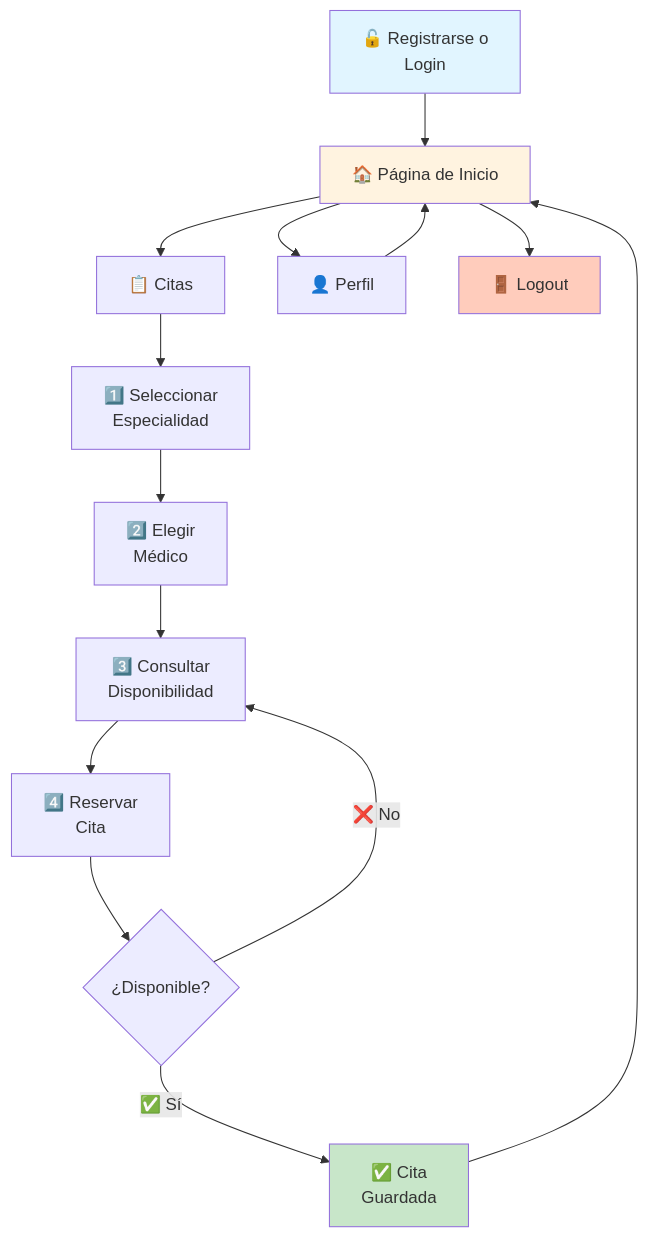
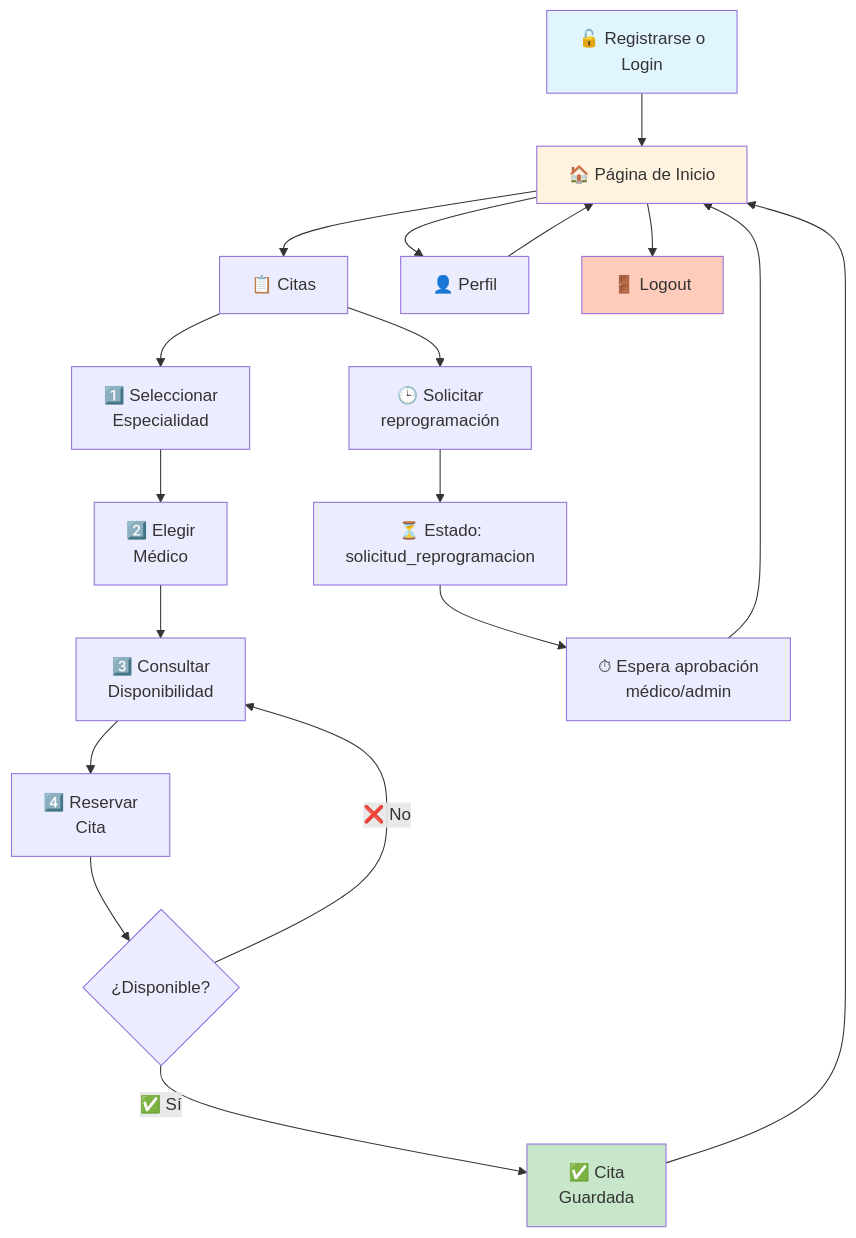
One commit to EdwardAR/CIS_II changed the fifth of 7 diagrams in README.md. Above: the diagram before and after it, drawn with Mermaid. The commit also changed other lines of this file and 13 other files, not shown here.

````diff
--- a/README.md
+++ b/README.md
@@ -696,24 +705,29 @@
 ```mermaid
 graph TD
     A["🔓 Registrarse o<br/>Login"] --> B["🏠 Página de Inicio"]
     B --> C["📋 Citas"]
     B --> D["👤 Perfil"]
     
     C --> E["1️⃣ Seleccionar<br/>Especialidad"]
     E --> F["2️⃣ Elegir<br/>Médico"]
     F --> G["3️⃣ Consultar<br/>Disponibilidad"]
     G --> H["4️⃣ Reservar<br/>Cita"]
     
     H --> I{¿Disponible?}
     I -->|✅ Sí| J["✅ Cita<br/>Guardada"]
     I -->|❌ No| G
+
+    C --> R["🕒 Solicitar<br/>reprogramación"]
+    R --> S["⏳ Estado:<br/>solicitud_reprogramacion"]
+    S --> T["⏱ Espera aprobación<br/>médico/admin"]
     
     J --> B
     D --> B
+    T --> B
     B --> K["🚪 Logout"]
     
     style A fill:#e1f5ff
     style B fill:#fff3e0
     style J fill:#c8e6c9
     style K fill:#ffccbc
 ```
````
